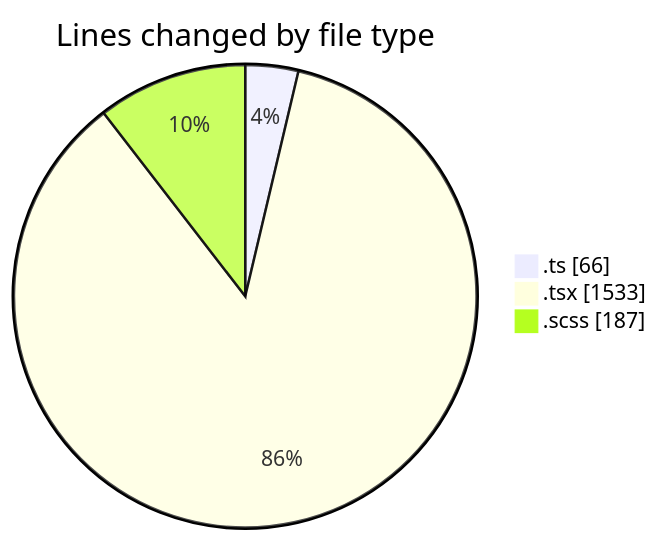
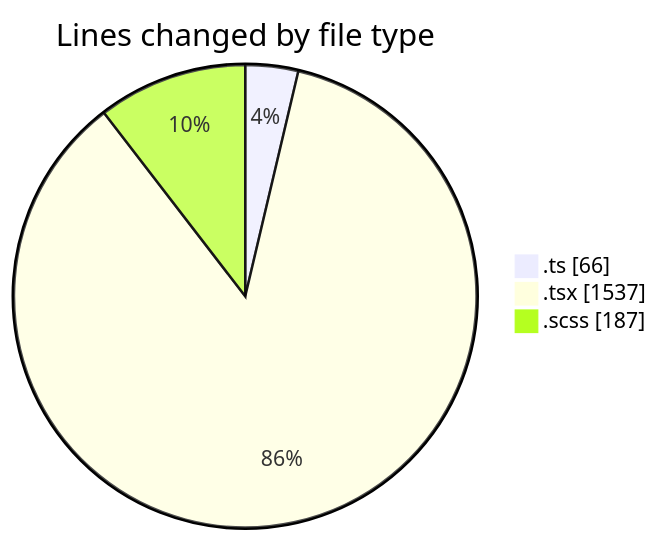
Before and after one commit to momahboobian/code-tracking: the first of 2 diagrams in 2025-03-21/cda/README.md, drawn with Mermaid. The commit also changed other lines of this file and 1 other file, not shown here.

````diff
--- a/2025-03-21/cda/README.md
+++ b/2025-03-21/cda/README.md
@@ -32,7 +32,7 @@
 ```mermaid
 pie showData
 title Lines changed by file type
 ".ts" : 66
-".tsx" : 1533
+".tsx" : 1537
 ".scss" : 187
 ```
````
